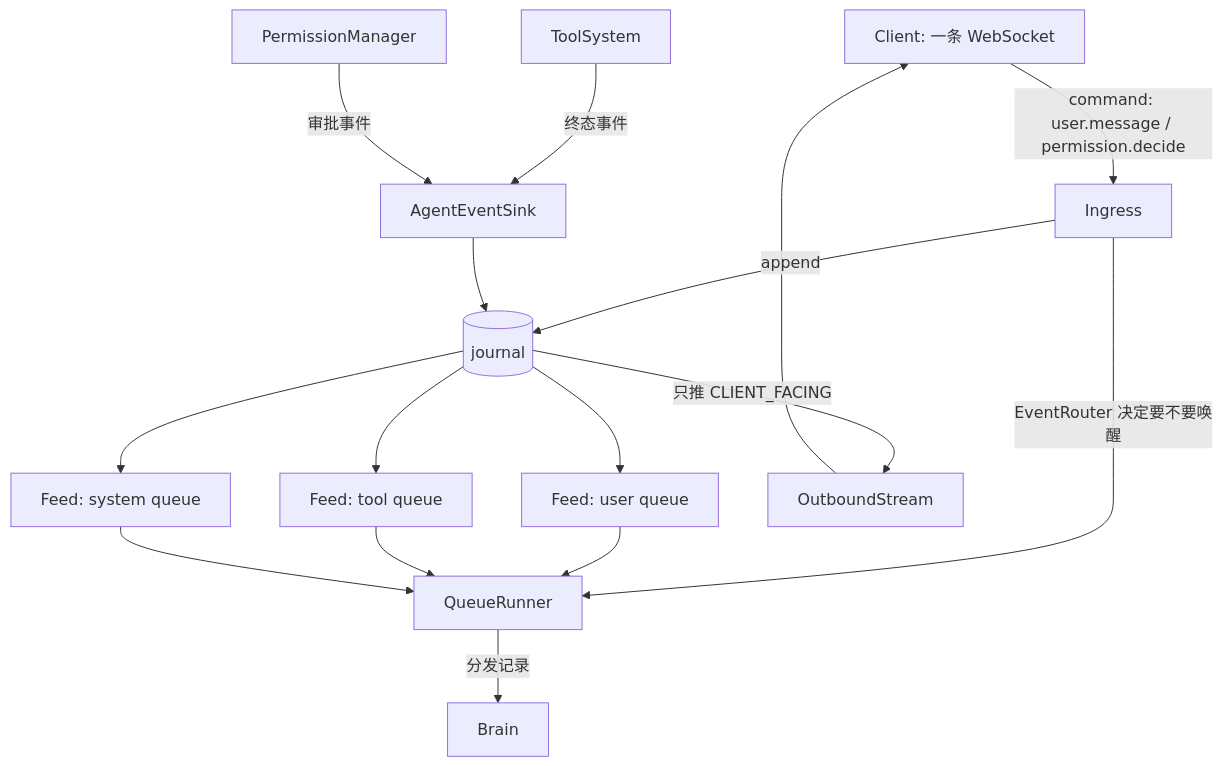
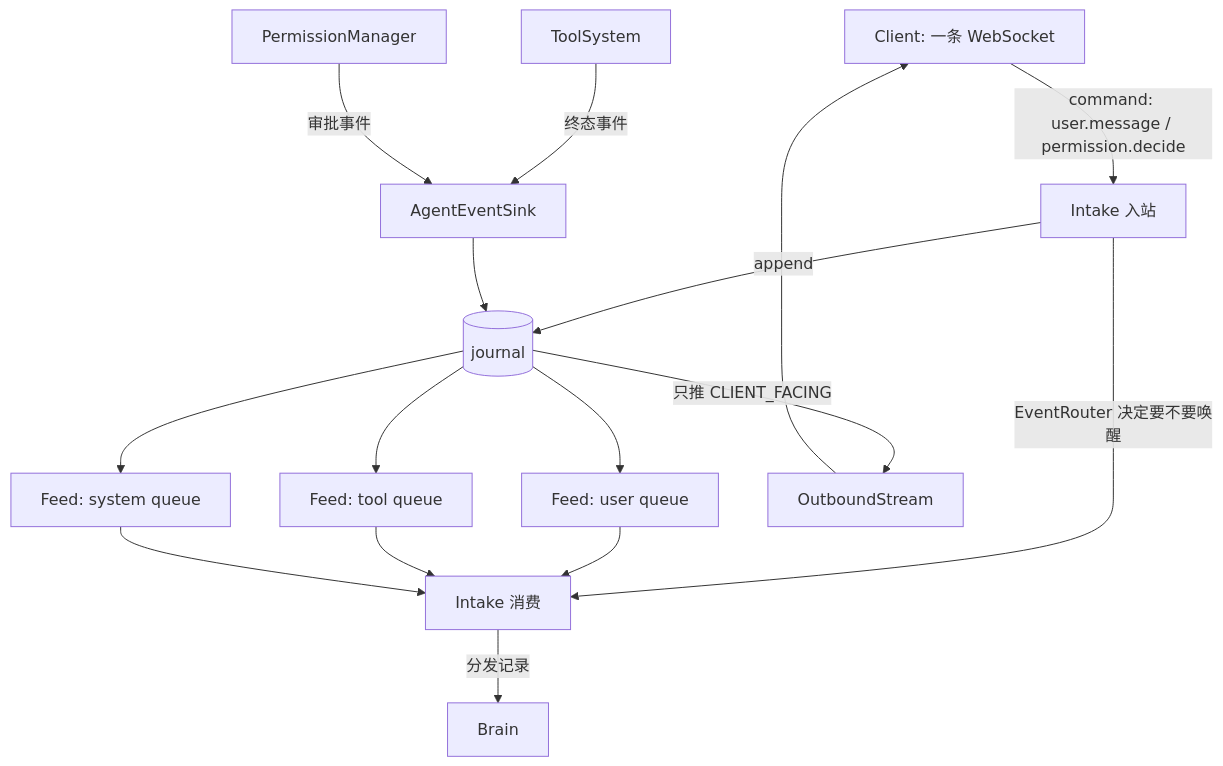
The diagram in spec/feature-event-runtime.md (HymioSpace/Oath), drawn with Mermaid before and after one commit. The commit also changed other lines of this file and 5 other files, not shown here.

First line of the commit message:
refactor(event-runtime)!: Ingress 与 QueueRunner 合并为 Intake

````diff
--- a/spec/feature-event-runtime.md
+++ b/spec/feature-event-runtime.md
@@ -26,19 +26,19 @@
 ```mermaid
 flowchart TD
-    C[Client: 一条 WebSocket] -->|command: user.message / permission.decide| I[Ingress]
+    C[Client: 一条 WebSocket] -->|command: user.message / permission.decide| I[Intake 入站]
     I -->|append| J[(journal)]
-    I -->|EventRouter 决定要不要唤醒| QR[QueueRunner]
-    QR -->|分发记录| BR[Brain]
+    I -->|EventRouter 决定要不要唤醒| QC[Intake 消费]
+    QC -->|分发记录| BR[Brain]
 
     TS[ToolSystem] -->|终态事件| S[AgentEventSink]
     PM[PermissionManager] -->|审批事件| S
     S --> J
 
     J --> F1[Feed: user queue]
     J --> F2[Feed: tool queue]
     J --> F3[Feed: system queue]
-    F1 & F2 & F3 --> QR
+    F1 & F2 & F3 --> QC
 
     J -->|只推 CLIENT_FACING| OS[OutboundStream]
     OS --> C
 ```
````
